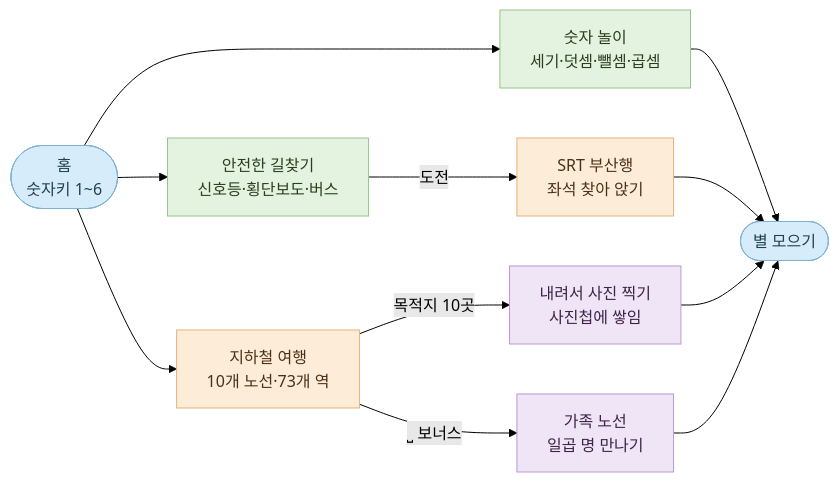
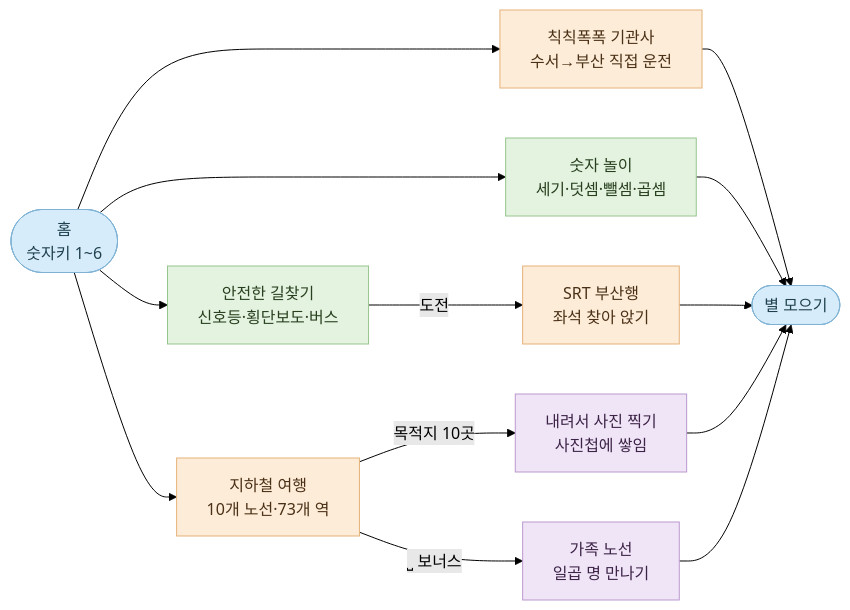
Before and after one commit to bliss-forge/numberblocks-grandprix-preview: the diagram in README.md, drawn with Mermaid (forest theme). The commit also changed other lines of this file and 1 other file, not shown here.

Commit message:
docs: README describes the KTX driver game; scene import cleanup

````diff
--- a/README.md
+++ b/README.md
@@ -58,22 +60,24 @@
 ```mermaid
 flowchart LR
     home([홈<br/>숫자키 1~6]) --> math[숫자 놀이<br/>세기·덧셈·뺄셈·곱셈]
     home --> safety[안전한 길찾기<br/>신호등·횡단보도·버스]
     home --> subway[지하철 여행<br/>10개 노선·73개 역]
+    home --> ktx[칙칙폭폭 기관사<br/>수서→부산 직접 운전]
     safety -->|도전| srt[SRT 부산행<br/>좌석 찾아 앉기]
     subway -->|목적지 10곳| photo[내려서 사진 찍기<br/>사진첩에 쌓임]
     subway -->|⎵ 보너스| family[가족 노선<br/>일곱 명 만나기]
+    ktx --> star
     math --> star([별 모으기])
     srt --> star
     photo --> star
     family --> star
 
     classDef hub fill:#D6ECFA,stroke:#7FB2D4,color:#20404F
     classDef lesson fill:#E4F3E0,stroke:#95C48D,color:#28401F
     classDef ride fill:#FDECD8,stroke:#E5B27A,color:#4A3016
     classDef prize fill:#F0E4F7,stroke:#BB99CE,color:#3D2447
     class home,star hub
     class math,safety lesson
-    class subway,srt ride
+    class subway,srt,ktx ride
     class photo,family prize
 ```
````
